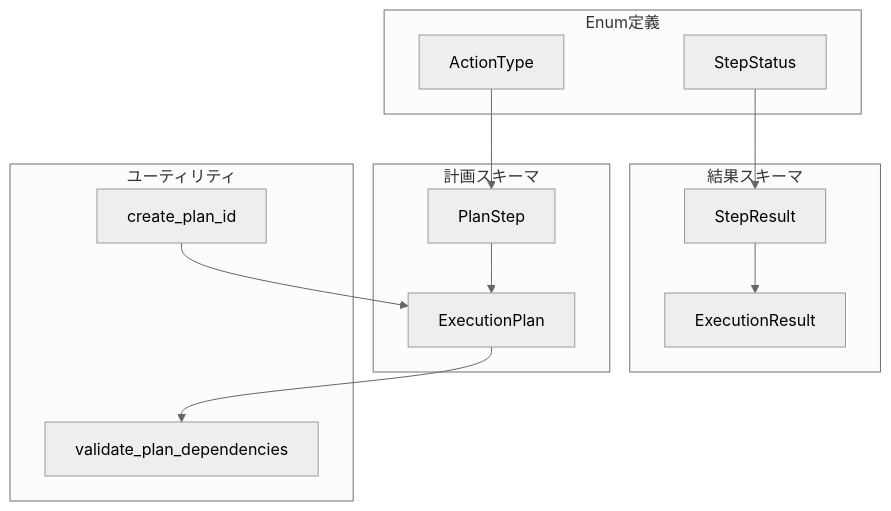
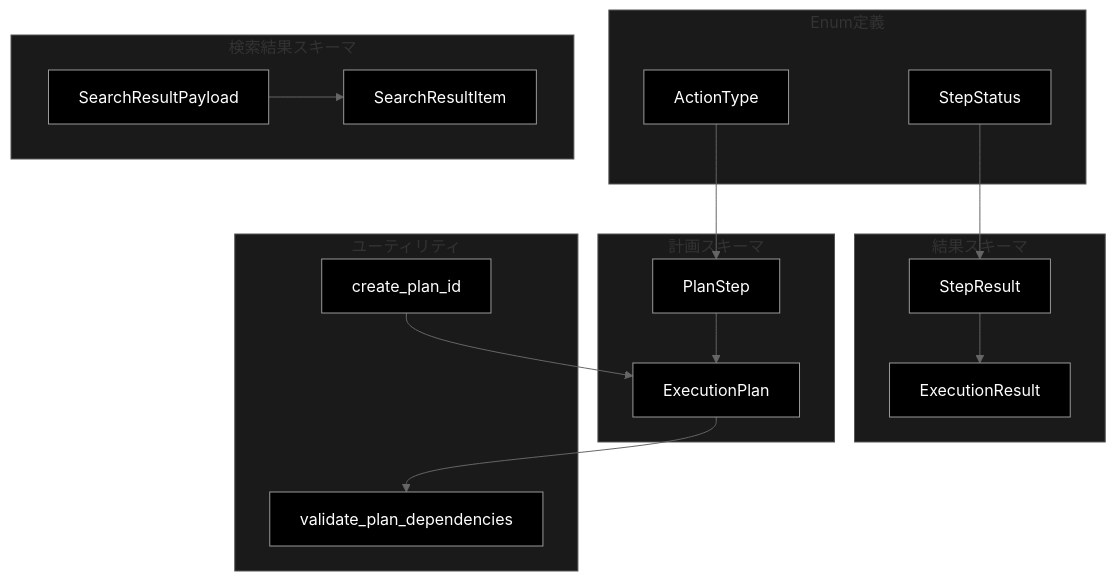
Before and after one commit to nakashima2toshio/anthropic_grace_agent: the second of 4 diagrams in grace/doc/schemas.md, drawn with Mermaid (neutral theme). The commit also changed other lines of this file and 18 other files, not shown here.

````diff
--- a/grace/doc/schemas.md
+++ b/grace/doc/schemas.md
@@ -94,29 +110,51 @@
 ```mermaid
 flowchart TB
     subgraph ENUMS["Enum定義"]
         AT[ActionType]
         SS[StepStatus]
     end
 
     subgraph PLAN["計画スキーマ"]
         PS[PlanStep]
         EP[ExecutionPlan]
     end
 
     subgraph RESULT["結果スキーマ"]
         SR[StepResult]
         ER[ExecutionResult]
     end
 
+    subgraph SEARCH["検索結果スキーマ"]
+        SRP[SearchResultPayload]
+        SRI[SearchResultItem]
+    end
+
     subgraph UTILS["ユーティリティ"]
         CPI[create_plan_id]
         VPD[validate_plan_dependencies]
     end
 
     AT --> PS
     SS --> SR
     PS --> EP
     SR --> ER
     EP --> VPD
     CPI --> EP
+    SRP --> SRI
+
+    style AT fill:#000,color:#fff
+    style SS fill:#000,color:#fff
+    style PS fill:#000,color:#fff
+    style EP fill:#000,color:#fff
+    style SR fill:#000,color:#fff
+    style ER fill:#000,color:#fff
+    style SRP fill:#000,color:#fff
+    style SRI fill:#000,color:#fff
+    style CPI fill:#000,color:#fff
+    style VPD fill:#000,color:#fff
+    style ENUMS fill:#1a1a1a,stroke:#555
+    style PLAN fill:#1a1a1a,stroke:#555
+    style RESULT fill:#1a1a1a,stroke:#555
+    style SEARCH fill:#1a1a1a,stroke:#555
+    style UTILS fill:#1a1a1a,stroke:#555
 ```
````
